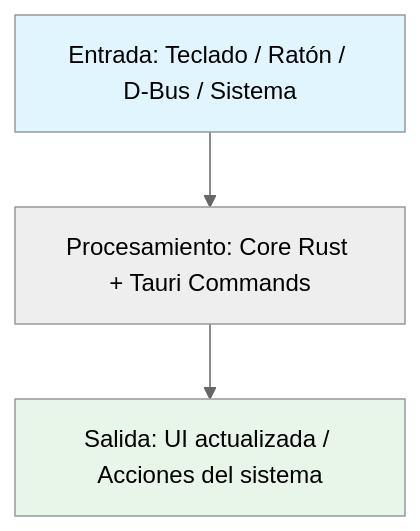
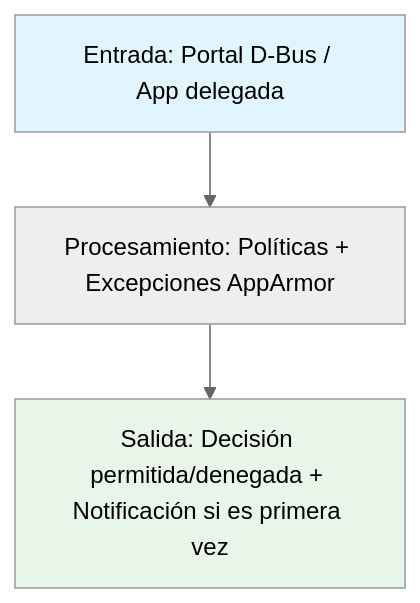
One commit to Vasak-OS/vasak-permissions changed the first of 3 diagrams in README.md. Above: the diagram before and after it, drawn with Mermaid (neutral theme). The commit also changed other lines of this file, not shown here.

````diff
--- a/README.md
+++ b/README.md
@@ -36,7 +36,7 @@
 ```mermaid
 graph TD
-    A[Entrada: Teclado / Ratón / D-Bus / Sistema] --> B[Procesamiento: Core Rust + Tauri Commands]
-    B --> C[Salida: UI actualizada / Acciones del sistema]
+    A[Entrada: Portal D-Bus / App delegada] --> B[Procesamiento: Políticas + Excepciones AppArmor]
+    B --> C[Salida: Decisión permitida/denegada + Notificación si es primera vez]
     style A fill:#e1f5fe
     style C fill:#e8f5e9
 ```
````
